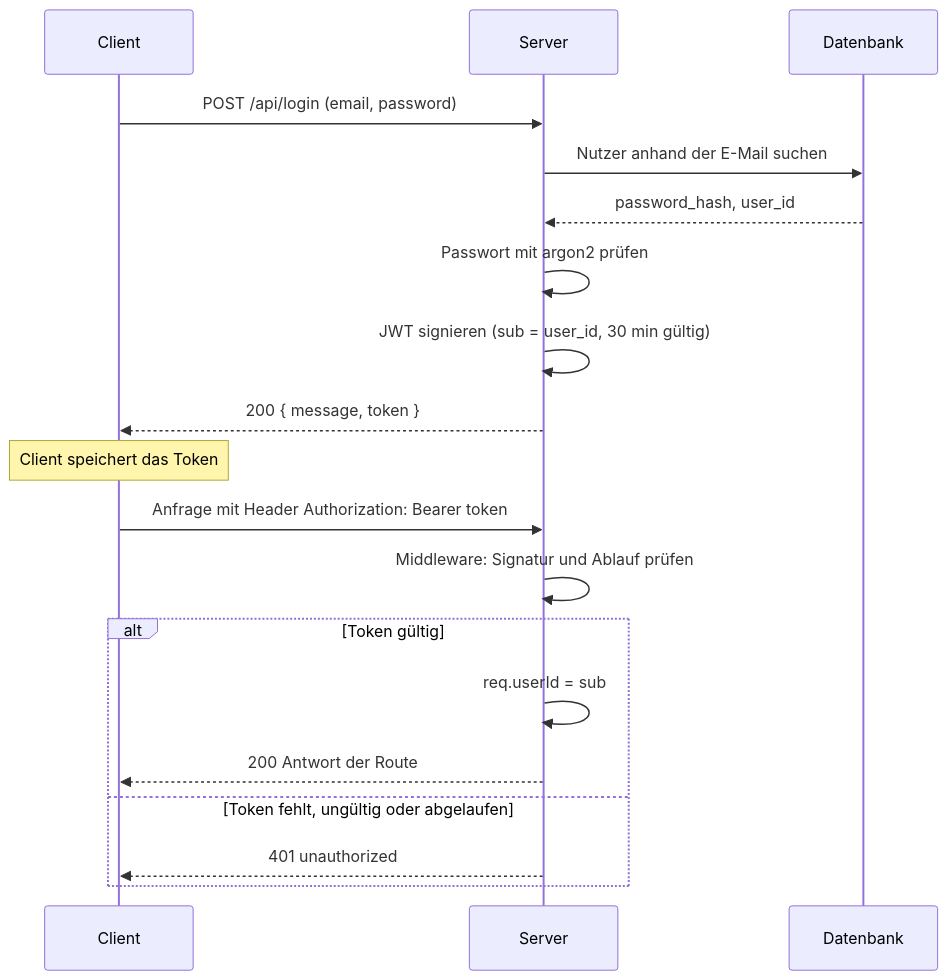
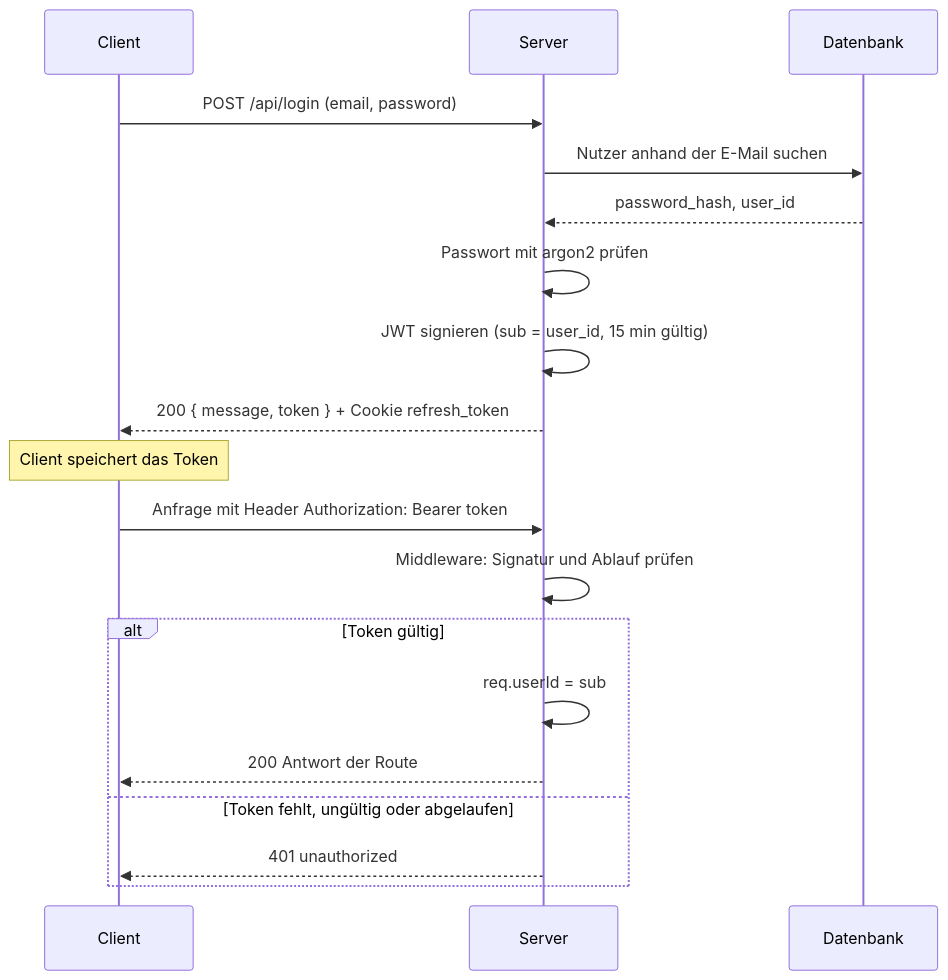
One commit to PhilipWie/flashcards-app changed the first of 2 diagrams in docs/technical_docu/jwt.md. Above: the diagram before and after it, drawn with Mermaid. The commit also changed other lines of this file and 5 other files, not shown here.

First line of the commit message:
docs: refresh tokens, cookie routes and CSRF protection

````diff
--- a/docs/technical_docu/jwt.md
+++ b/docs/technical_docu/jwt.md
@@ -29,24 +34,24 @@
 ```mermaid
 sequenceDiagram
     participant C as Client
     participant S as Server
     participant DB as Datenbank
 
     C->>S: POST /api/login (email, password)
     S->>DB: Nutzer anhand der E-Mail suchen
     DB-->>S: password_hash, user_id
     S->>S: Passwort mit argon2 prüfen
-    S->>S: JWT signieren (sub = user_id, 30 min gültig)
-    S-->>C: 200 { message, token }
+    S->>S: JWT signieren (sub = user_id, 15 min gültig)
+    S-->>C: 200 { message, token } + Cookie refresh_token
 
     Note over C: Client speichert das Token
 
     C->>S: Anfrage mit Header Authorization: Bearer token
     S->>S: Middleware: Signatur und Ablauf prüfen
     alt Token gültig
         S->>S: req.userId = sub
         S-->>C: 200 Antwort der Route
     else Token fehlt, ungültig oder abgelaufen
         S-->>C: 401 unauthorized
     end
 ```
````
